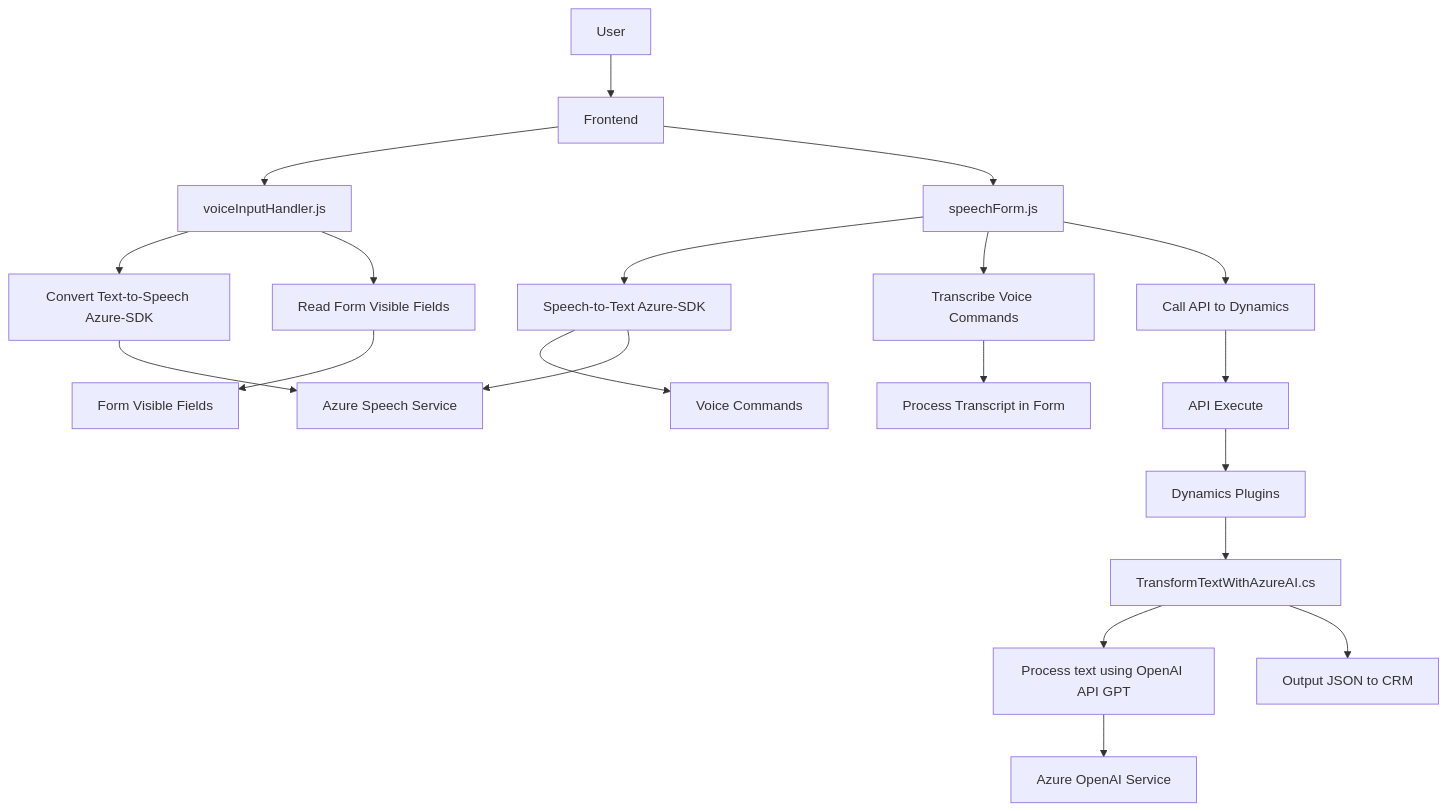
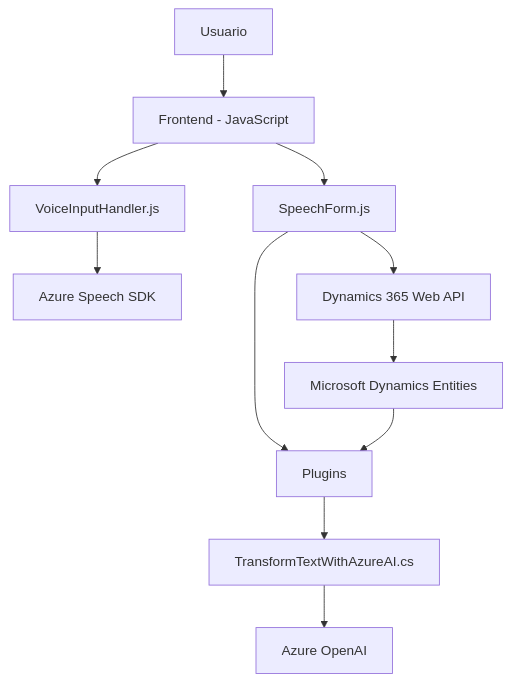
Before and after one commit to blopezdm/NETCORE_BILBAO2025: the diagram in README.md, drawn with Mermaid. The commit also changed other lines of this file, not shown here.

````diff
--- a/README.md
+++ b/README.md
@@ -39,26 +46,13 @@
 ```mermaid
 graph TD
-    A[User] --> B[Frontend]
-    B --> C["voiceInputHandler.js"]
-    B --> D["speechForm.js"]
-
-    C --> E["Convert Text-to-Speech Azure-SDK"]
-    C --> F["Read Form Visible Fields"]
-    D --> G["Speech-to-Text Azure-SDK"]
-    D --> H["Transcribe Voice Commands"]
-    D --> I["Call API to Dynamics"]
-    
-    F --> J[Form Visible Fields]
-    G --> K["Voice Commands"]
-    H --> L["Process Transcript in Form"]
-    I --> M["API Execute"]
-    M --> N["Dynamics Plugins"]
-    N --> O["TransformTextWithAzureAI.cs"]
-
-    O --> P["Process text using OpenAI API GPT"]
-    O --> Q["Output JSON to CRM"]
-    
-    E --> R["Azure Speech Service"]
-    G --> R
-    P --> S["Azure OpenAI Service"]
+A["Usuario"] --> B["Frontend - JavaScript"]
+B --> C["VoiceInputHandler.js"]
+B --> D["SpeechForm.js"]
+C --> E["Azure Speech SDK"]
+D --> F["Dynamics 365 Web API"]
+F --> G["Microsoft Dynamics Entities"]
+D --> I["Custom API"]
+G --> I["Plugins"]
+I --> J["TransformTextWithAzureAI.cs"]
+J --> K["Azure OpenAI"]
 ```
````
